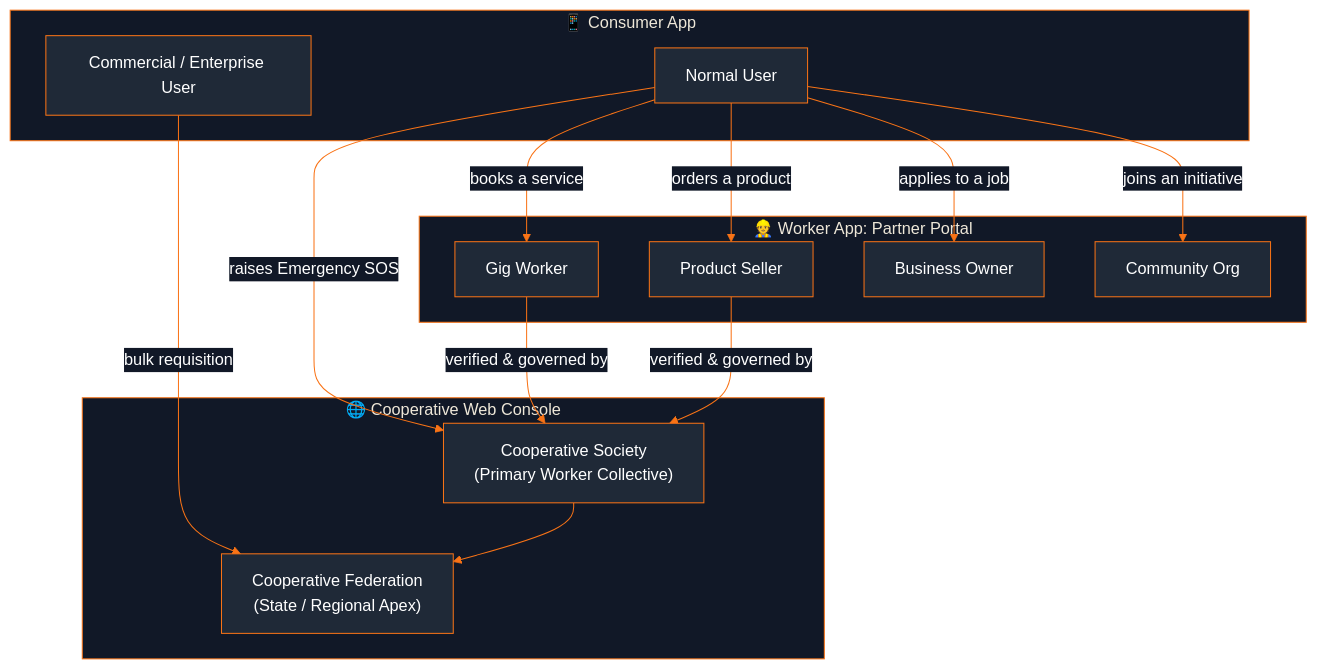
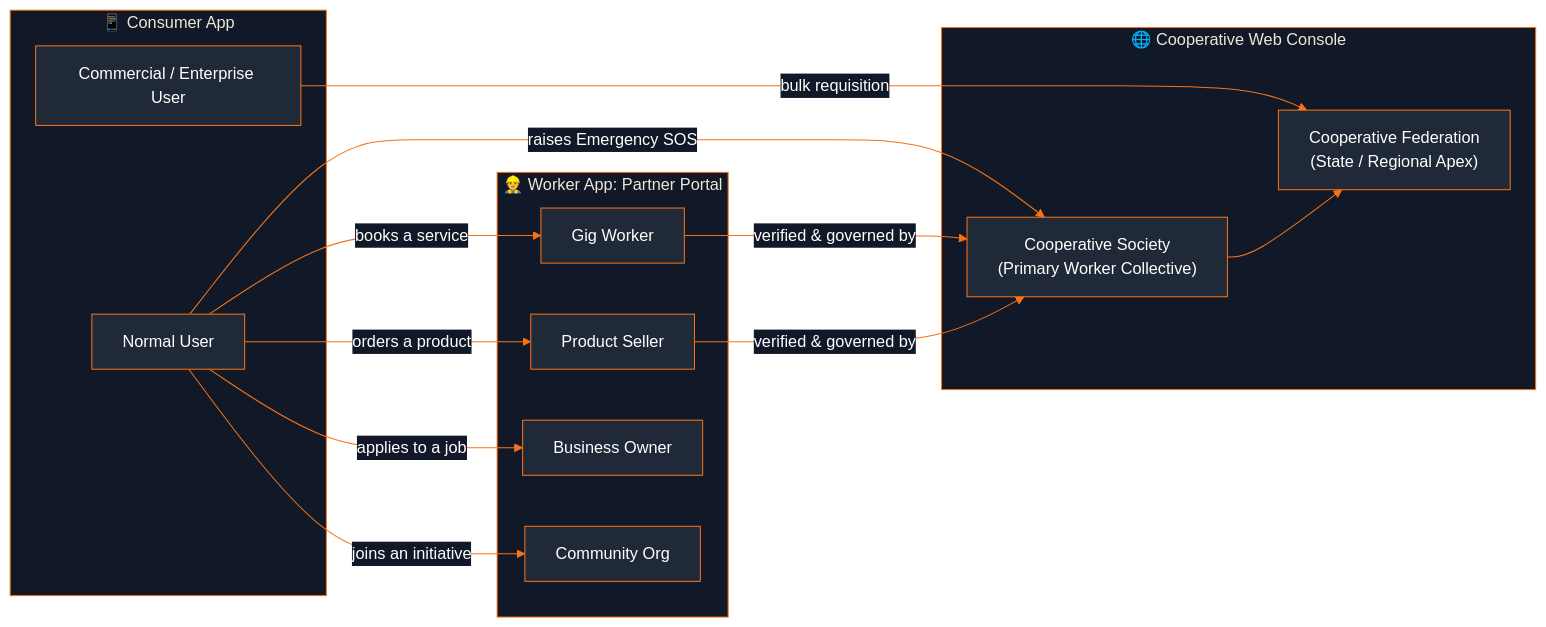
The first of 5 diagrams in README.md (ansh-kukreja/SkillsKart), drawn with Mermaid before and after one commit. The commit also changed other lines of this file, not shown here.

````diff
--- a/README.md
+++ b/README.md
@@ -97,31 +99,31 @@
 ```mermaid
 %%{init: {'theme':'base', 'themeVariables': {'primaryColor':'#1F2937','primaryTextColor':'#FFFFFF','primaryBorderColor':'#F97316','lineColor':'#F97316','secondaryColor':'#374151','tertiaryColor':'#111827','clusterBkg':'#111827','clusterBorder':'#F97316','edgeLabelBackground':'#111827'}}}%%
-flowchart TB
+flowchart LR
     subgraph Demand["📱 Consumer App"]
         NU["Normal User"]
         EU["Commercial / Enterprise User"]
     end
 
     subgraph Partners["👷 Worker App: Partner Portal"]
         GW["Gig Worker"]
         PS["Product Seller"]
         BO["Business Owner"]
         CO["Community Org"]
     end
 
     subgraph Governance["🌐 Cooperative Web Console"]
         SOC["Cooperative Society\n(Primary Worker Collective)"]
         FED["Cooperative Federation\n(State / Regional Apex)"]
     end
 
     NU -- "books a service" --> GW
     NU -- "orders a product" --> PS
     NU -- "applies to a job" --> BO
     NU -- "joins an initiative" --> CO
     NU -- "raises Emergency SOS" --> SOC
     EU -- "bulk requisition" --> FED
 
     GW -- "verified & governed by" --> SOC
     PS -- "verified & governed by" --> SOC
     SOC --> FED
 ```
````
